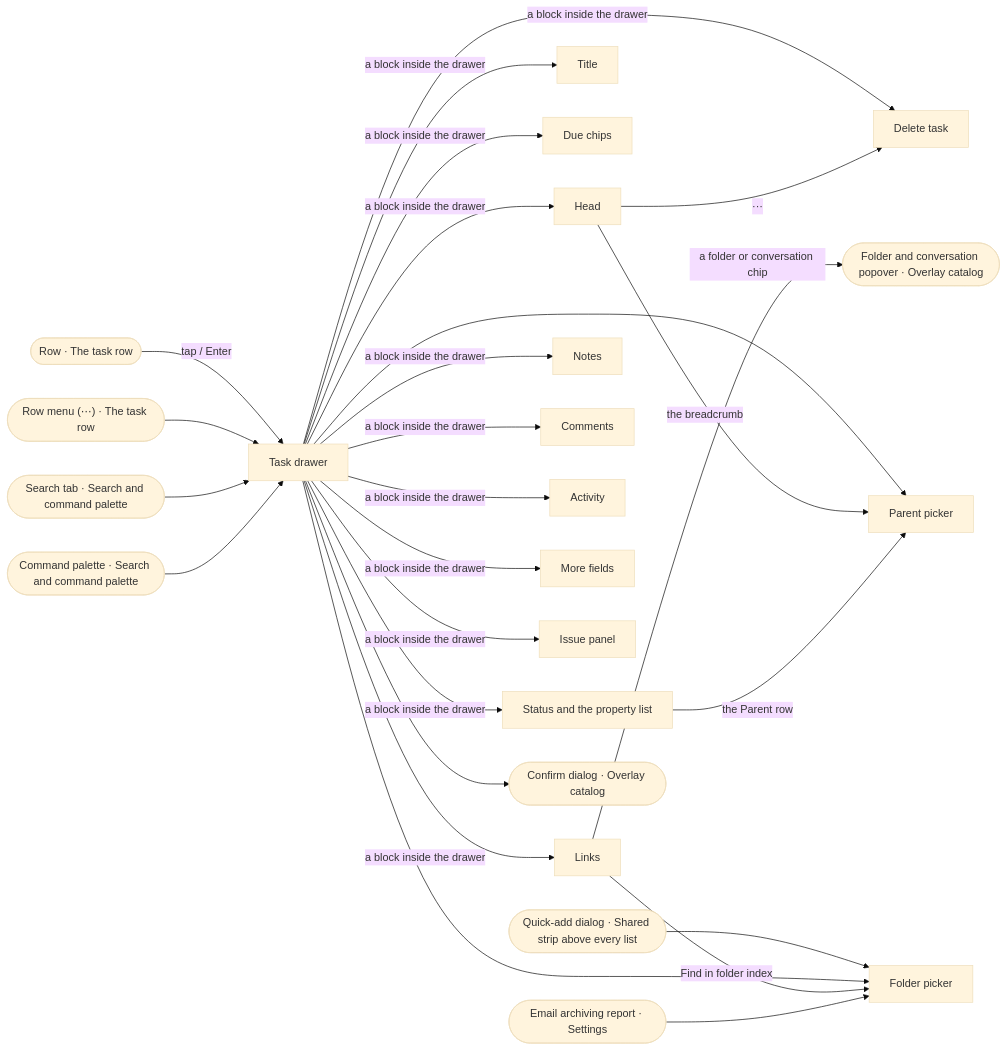
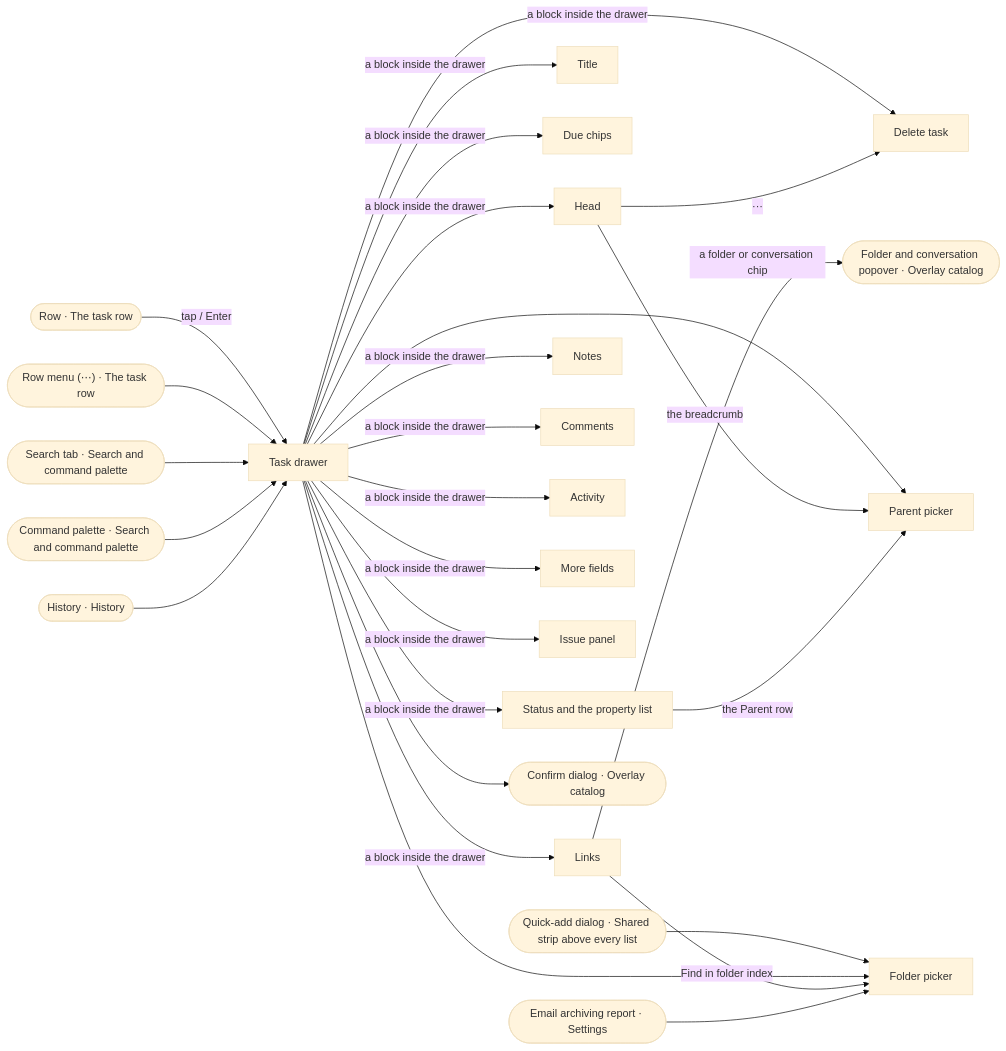
One commit to ferraroroberto/task-os changed the sixth of 13 diagrams in docs/ux-surface-map.md. Above: the diagram before and after it, drawn with Mermaid (base theme). The commit also changed other lines of this file and 149 other files, not shown here.

````diff
--- a/docs/ux-surface-map.md
+++ b/docs/ux-surface-map.md
@@ -474,50 +478,52 @@
 ```mermaid
 flowchart LR
   s27["Task drawer"]
   s28["Head"]
   s29["Title"]
   s30["Due chips"]
   s31["Status and the property list"]
   s32["Links"]
   s33["Notes"]
   s34["Comments"]
   s35["Activity"]
   s36["Parent picker"]
   s37["More fields"]
   s38["Issue panel"]
   s39["Delete task"]
   s40["Folder picker"]
   s20(["Quick-add dialog · Shared strip above every list"])
   s21(["Row · The task row"])
   s24(["Row menu (⋯) · The task row"])
-  s74(["Confirm dialog · Overlay catalog"])
-  s75(["Folder and conversation popover · Overlay catalog"])
+  s76(["Confirm dialog · Overlay catalog"])
+  s77(["Folder and conversation popover · Overlay catalog"])
   s48(["Search tab · Search and command palette"])
   s49(["Command palette · Search and command palette"])
-  s70(["Email archiving report · Settings"])
+  s51(["History · History"])
+  s72(["Email archiving report · Settings"])
   s20 --> s40
   s21 -->|"tap / Enter"| s27
   s24 --> s27
   s27 --> s36
   s27 --> s40
-  s27 --> s74
+  s27 --> s76
   s27 -->|"a block inside the drawer"| s31
   s27 -->|"a block inside the drawer"| s33
   s27 -->|"a block inside the drawer"| s29
   s27 -->|"a block inside the drawer"| s32
   s27 -->|"a block inside the drawer"| s35
   s27 -->|"a block inside the drawer"| s28
   s27 -->|"a block inside the drawer"| s37
   s27 -->|"a block inside the drawer"| s30
   s27 -->|"a block inside the drawer"| s38
   s27 -->|"a block inside the drawer"| s39
   s27 -->|"a block inside the drawer"| s34
   s28 -->|"the breadcrumb"| s36
   s28 -->|"···"| s39
   s31 -->|"the Parent row"| s36
-  s32 -->|"a folder or conversation chip"| s75
+  s32 -->|"a folder or conversation chip"| s77
   s32 -->|"Find in folder index"| s40
   s48 --> s27
   s49 --> s27
-  s70 --> s40
+  s51 --> s27
+  s72 --> s40
 ```
````
